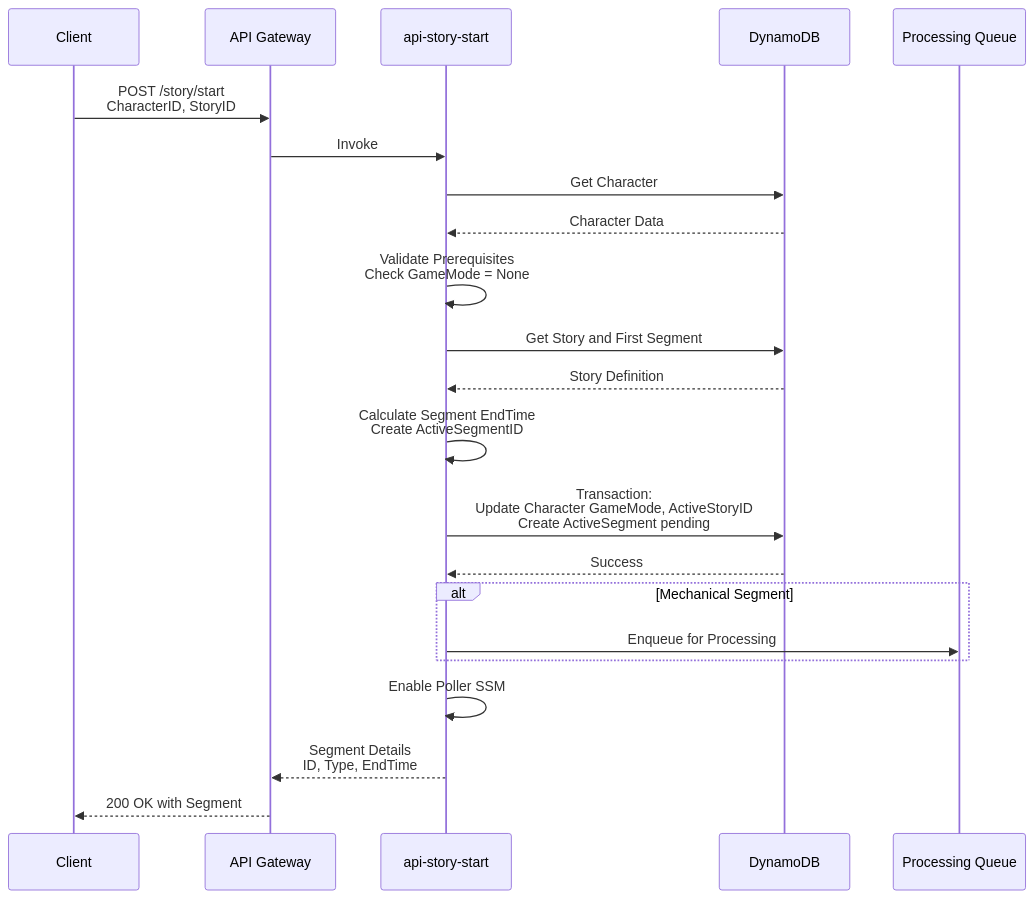
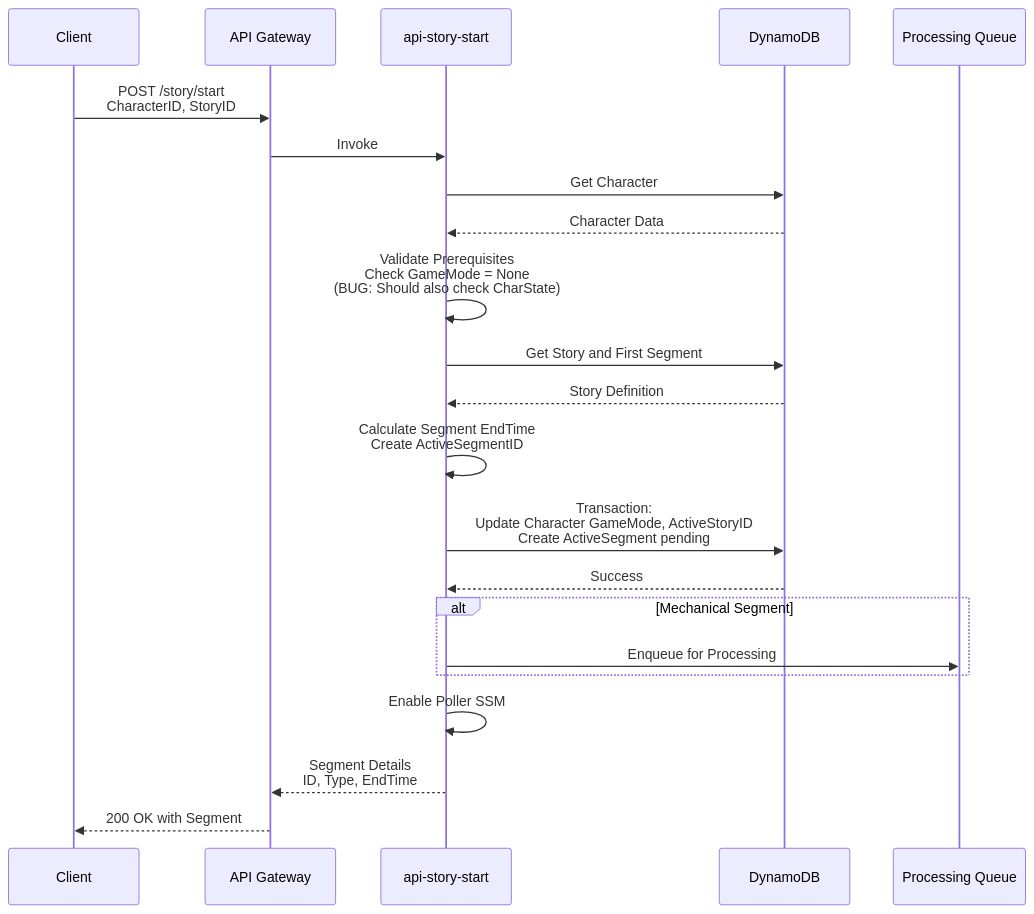
Before and after one commit to darkrelics/eidolon-engine: the seventh of 14 diagrams in documentation/incremental-architecture-diagrams.md, drawn with Mermaid. The commit also changed other lines of this file and 17 other files, not shown here.

````diff
--- a/documentation/incremental-architecture-diagrams.md
+++ b/documentation/incremental-architecture-diagrams.md
@@ -285,33 +285,33 @@
 ```mermaid
 sequenceDiagram
     participant C as Client
     participant API as API Gateway
     participant Lambda as api-story-start
     participant DDB as DynamoDB
     participant SQS as Processing Queue
 
     C->>API: POST /story/start<br/>CharacterID, StoryID
     API->>Lambda: Invoke
 
     Lambda->>DDB: Get Character
     DDB-->>Lambda: Character Data
 
-    Lambda->>Lambda: Validate Prerequisites<br/>Check GameMode = None
+    Lambda->>Lambda: Validate Prerequisites<br/>Check GameMode = None<br/>(BUG: Should also check CharState)
 
     Lambda->>DDB: Get Story and First Segment
     DDB-->>Lambda: Story Definition
 
     Lambda->>Lambda: Calculate Segment EndTime<br/>Create ActiveSegmentID
 
     Lambda->>DDB: Transaction:<br/>Update Character GameMode, ActiveStoryID<br/>Create ActiveSegment pending
     DDB-->>Lambda: Success
 
     alt Mechanical Segment
         Lambda->>SQS: Enqueue for Processing
     end
 
     Lambda->>Lambda: Enable Poller SSM
 
     Lambda-->>API: Segment Details<br/>ID, Type, EndTime
     API-->>C: 200 OK with Segment
 ```
````
